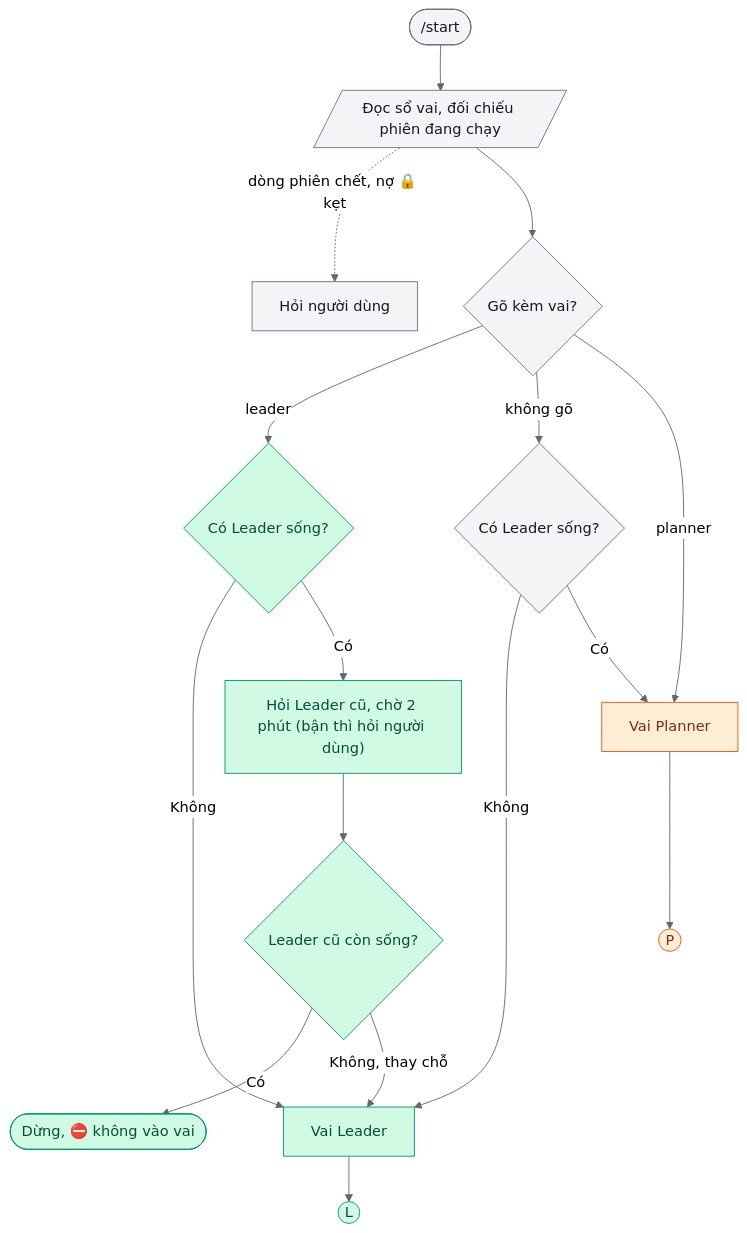
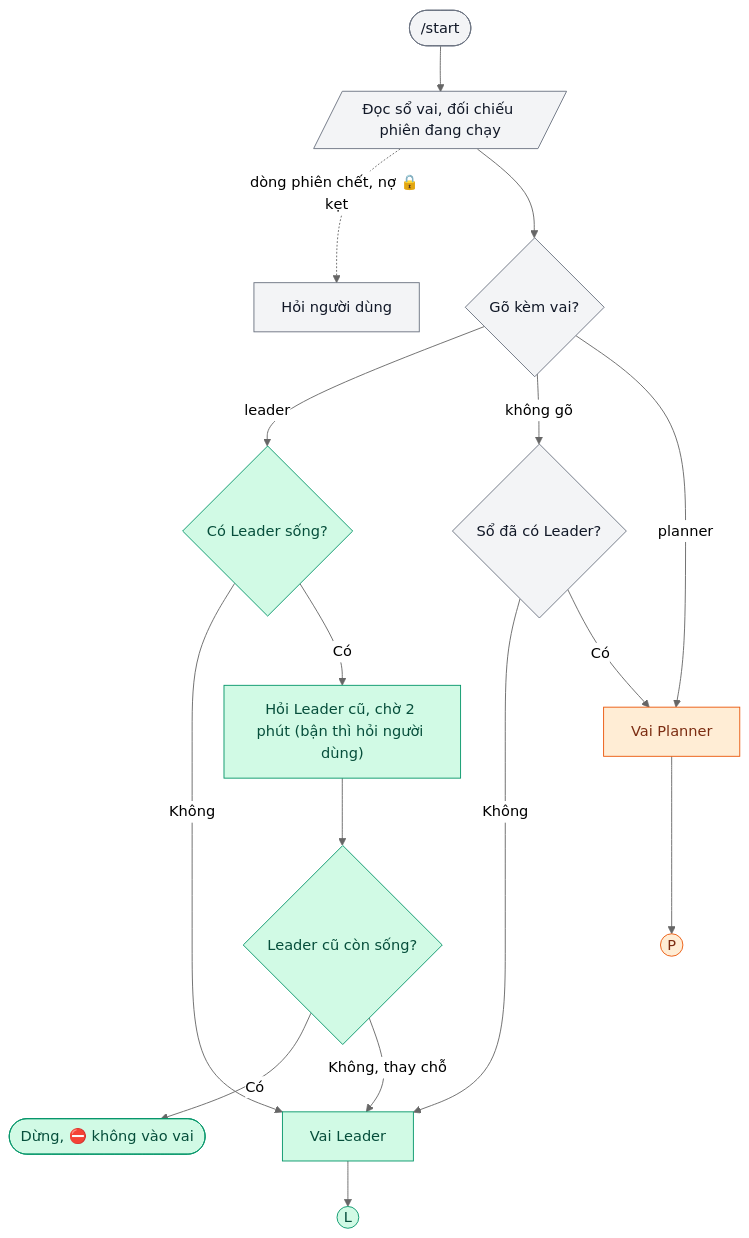
The first of 4 diagrams in README.md (quangcine/flow-code-for-ai), drawn with Mermaid (neutral theme) before and after one commit. The commit also changed other lines of this file and 3 other files, not shown here.

Commit message:
flow-code-for-ai: sửa 4 lỗi nhẹ sau review (trần vòng rà, danh sách khảo sát, nhãn sơ đồ 1)

````diff
--- a/README.md
+++ b/README.md
@@ -46,23 +46,23 @@
 ```mermaid
 flowchart TD
   S(["/start"]) --> R[/"Đọc sổ vai, đối chiếu phiên đang chạy"/]
   R -.->|"dòng phiên chết, nợ 🔒 kẹt"| H["Hỏi người dùng"]
   R --> Q{"Gõ kèm vai?"}
   Q -->|"leader"| LA{"Có Leader sống?"}
-  Q -->|"không gõ"| LB{"Có Leader sống?"}
+  Q -->|"không gõ"| LB{"Sổ đã có Leader?"}
   Q -->|"planner"| VP["Vai Planner"]
   LA -->|"Không"| VL["Vai Leader"]
   LA -->|"Có"| ASK["Hỏi Leader cũ, chờ 2 phút (bận thì hỏi người dùng)"] --> ALIVE{"Leader cũ còn sống?"}
   ALIVE -->|"Có"| STOP(["Dừng, ⛔ không vào vai"])
   ALIVE -->|"Không, thay chỗ"| VL
   LB -->|"Không"| VL
   LB -->|"Có"| VP
   VL --> CL(("L"))
   VP --> CP(("P"))
   classDef leader fill:#d1fae5,stroke:#059669,color:#064e3b
   classDef planner fill:#ffedd5,stroke:#ea580c,color:#7c2d12
   classDef shared fill:#f3f4f6,stroke:#6b7280,color:#111827
   class S,R,H,Q,LB shared
   class LA,ASK,ALIVE,STOP,VL,CL leader
   class VP,CP planner
 ```
````
